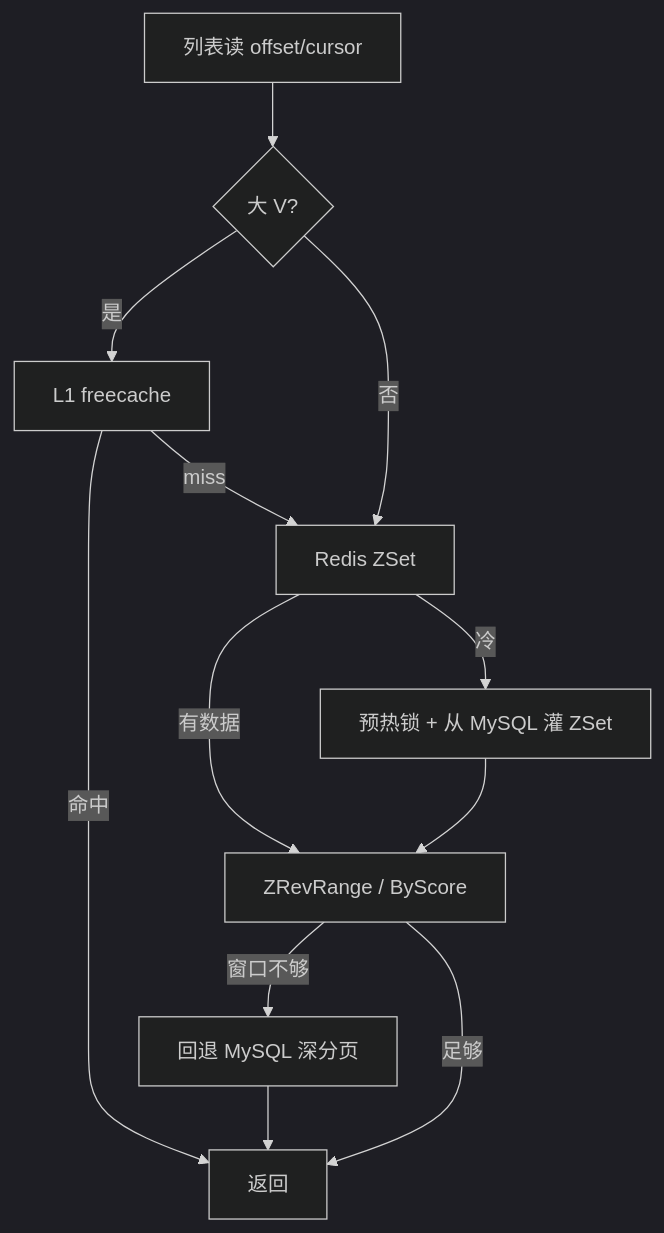
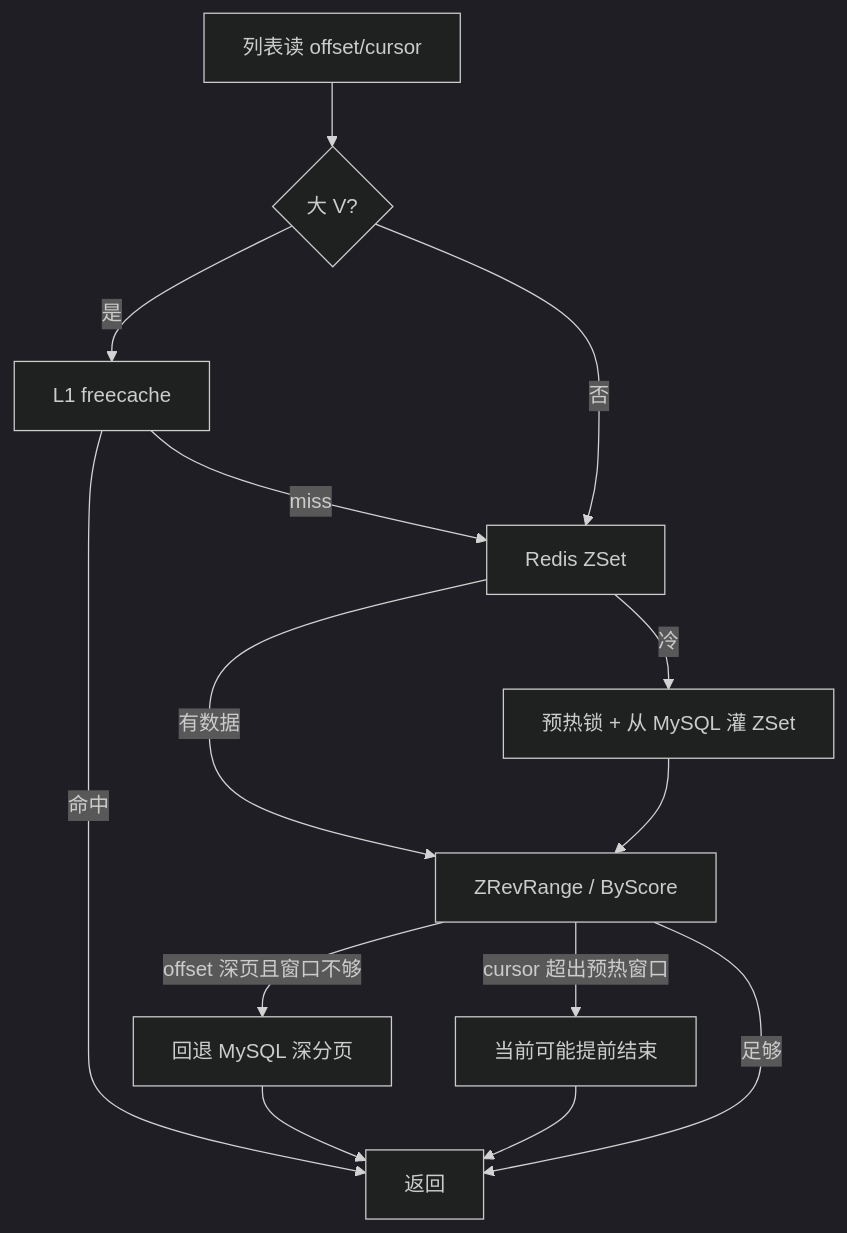
Before and after one commit to bitladykiller/zhiguang_go: the fifth of 15 diagrams in docs/modules/06-关注关系与Feed扩散模块.md, drawn with Mermaid (dark theme). The commit also changed other lines of this file and 11 other files, not shown here.

Commit message:
docs: 架构文档增强与纵向流程图

````diff
--- a/docs/modules/06-关注关系与Feed扩散模块.md
+++ b/docs/modules/06-关注关系与Feed扩散模块.md
@@ -144,14 +178,16 @@
 ```mermaid
 flowchart TD
     A[列表读 offset/cursor] --> B{大 V?}
     B -->|是| C[L1 freecache]
     B -->|否| D[Redis ZSet]
     C -->|命中| Z[返回]
     C -->|miss| D
     D -->|有数据| E[ZRevRange / ByScore]
     D -->|冷| F[预热锁 + 从 MySQL 灌 ZSet]
     F --> E
-    E -->|窗口不够| G[回退 MySQL 深分页]
+    E -->|offset 深页且窗口不够| G[回退 MySQL 深分页]
+    E -->|cursor 超出预热窗口| H[当前可能提前结束]
     E -->|足够| Z
     G --> Z
+    H --> Z
 ```
````
